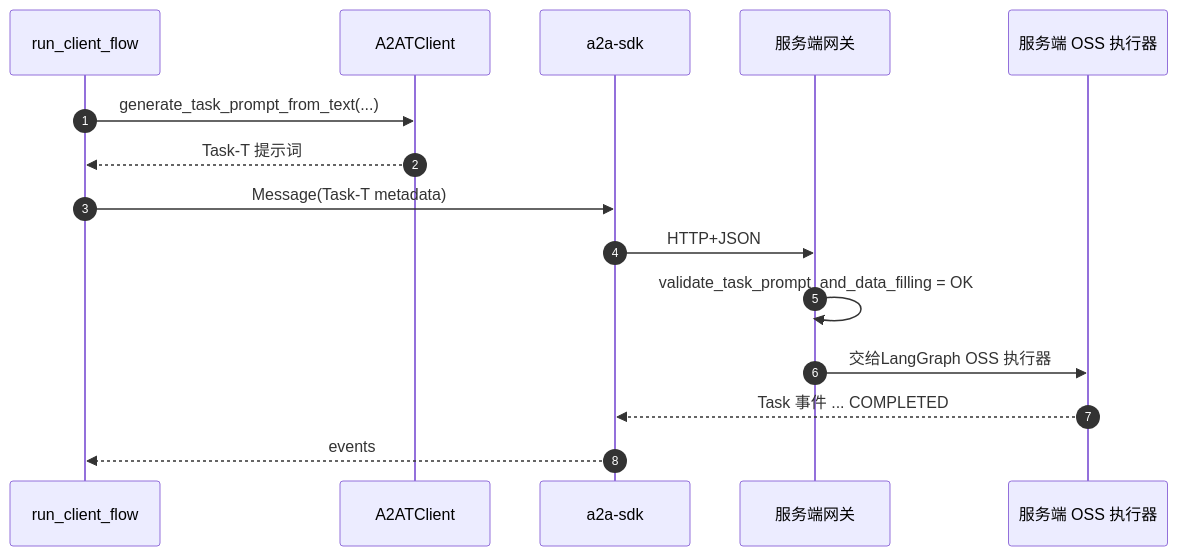
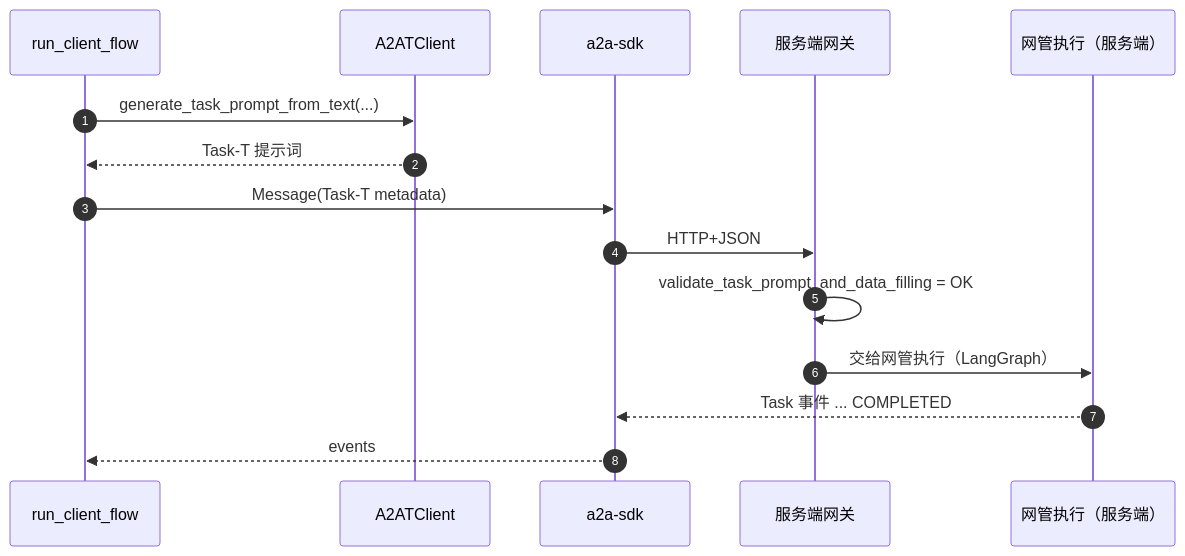
Before and after one commit to codetalks-hw/a2a-t-sdk-python: the fifth of 9 diagrams in a2a-t-sample/ran-energy-saving/README-zh.md, drawn with Mermaid. The commit also changed other lines of this file and 1 other file, not shown here.

First line of the commit message:
docs(ran-sample): add a business view and correct the oss role

````diff
--- a/a2a-t-sample/ran-energy-saving/README-zh.md
+++ b/a2a-t-sample/ran-energy-saving/README-zh.md
@@ -209,17 +239,17 @@
 ```mermaid
 sequenceDiagram
     autonumber
     participant F as run_client_flow
     participant T as A2ATClient
     participant A as a2a-sdk
     participant G as 服务端网关
-    participant X as 服务端 OSS 执行器
+    participant X as 网管执行（服务端）
     F->>T: generate_task_prompt_from_text(...)
     T-->>F: Task-T 提示词
     F->>A: Message(Task-T metadata)
     A->>G: HTTP+JSON
     G->>G: validate_task_prompt_and_data_filling = OK
-    G->>X: 交给LangGraph OSS 执行器
+    G->>X: 交给网管执行（LangGraph）
     X-->>A: Task 事件 ... COMPLETED
     A-->>F: events
 ```
````
